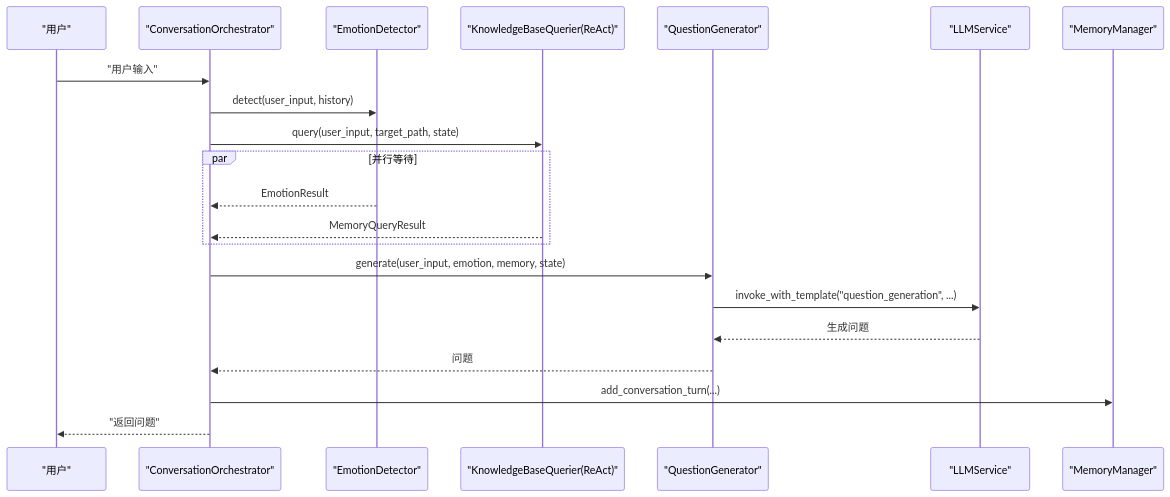
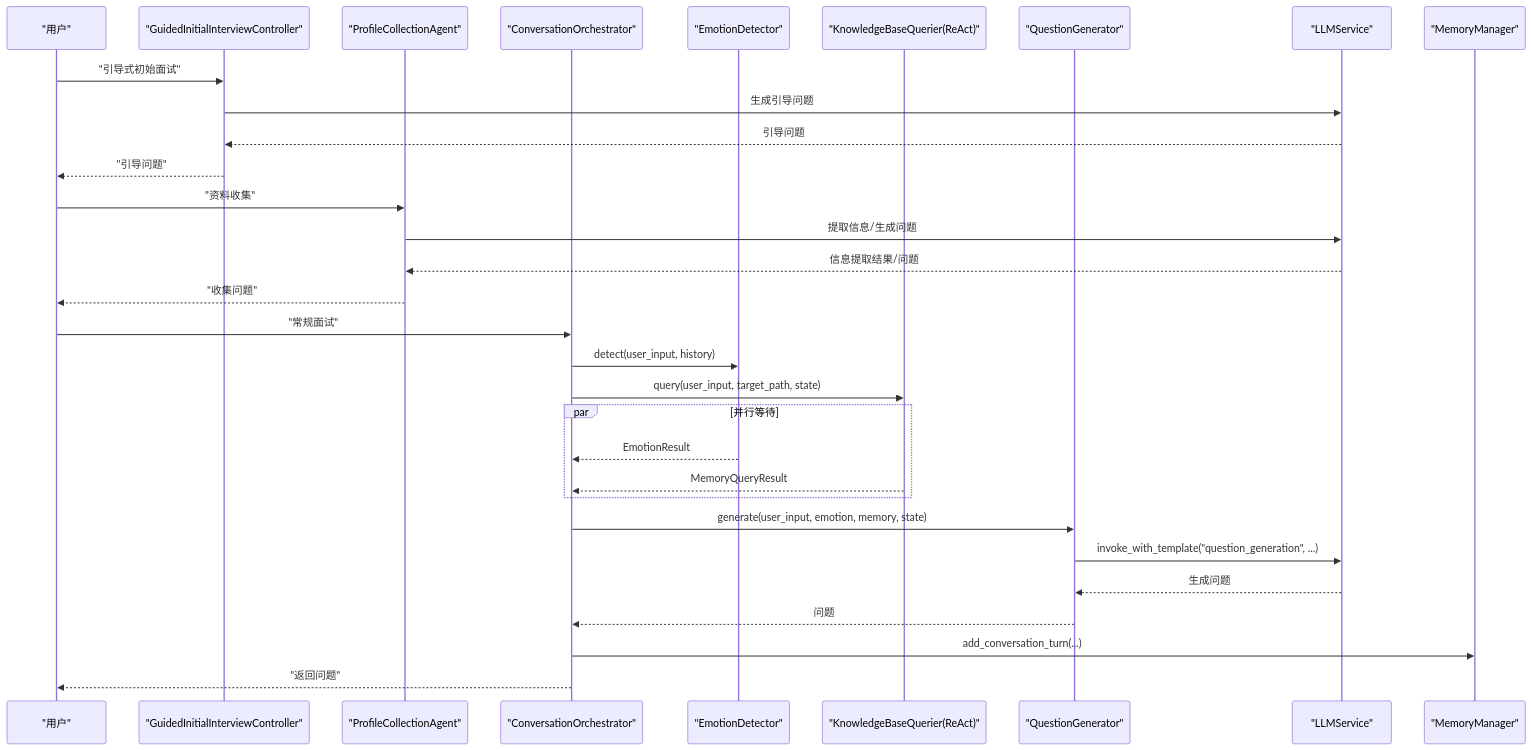
Before and after one commit to WangYiKai1017/zizuan: the second of 10 diagrams in .qoder/repowiki/zh/content/智能问答系统/智能问答系统.md, drawn with Mermaid. The commit also changed other lines of this file and 99 other files, not shown here.

````diff
--- a/.qoder/repowiki/zh/content/智能问答系统/智能问答系统.md
+++ b/.qoder/repowiki/zh/content/智能问答系统/智能问答系统.md
@@ -147,23 +182,33 @@
 ```mermaid
 sequenceDiagram
 participant U as "用户"
+participant GIIC as "GuidedInitialInterviewController"
+participant PCA as "ProfileCollectionAgent"
 participant CO as "ConversationOrchestrator"
 participant ED as "EmotionDetector"
 participant KB as "KnowledgeBaseQuerier(ReAct)"
 participant QG as "QuestionGenerator"
 participant L as "LLMService"
 participant MM as "MemoryManager"
-U->>CO : "用户输入"
+U->>GIIC : "引导式初始面试"
+GIIC->>L : 生成引导问题
+L-->>GIIC : 引导问题
+GIIC-->>U : "引导问题"
+U->>PCA : "资料收集"
+PCA->>L : 提取信息/生成问题
+L-->>PCA : 信息提取结果/问题
+PCA-->>U : "收集问题"
+U->>CO : "常规面试"
 CO->>ED : detect(user_input, history)
 CO->>KB : query(user_input, target_path, state)
 par 并行等待
 ED-->>CO : EmotionResult
 KB-->>CO : MemoryQueryResult
 end
 CO->>QG : generate(user_input, emotion, memory, state)
 QG->>L : invoke_with_template("question_generation", ...)
 L-->>QG : 生成问题
 QG-->>CO : 问题
 CO->>MM : add_conversation_turn(...)
 CO-->>U : "返回问题"
 ```
````
